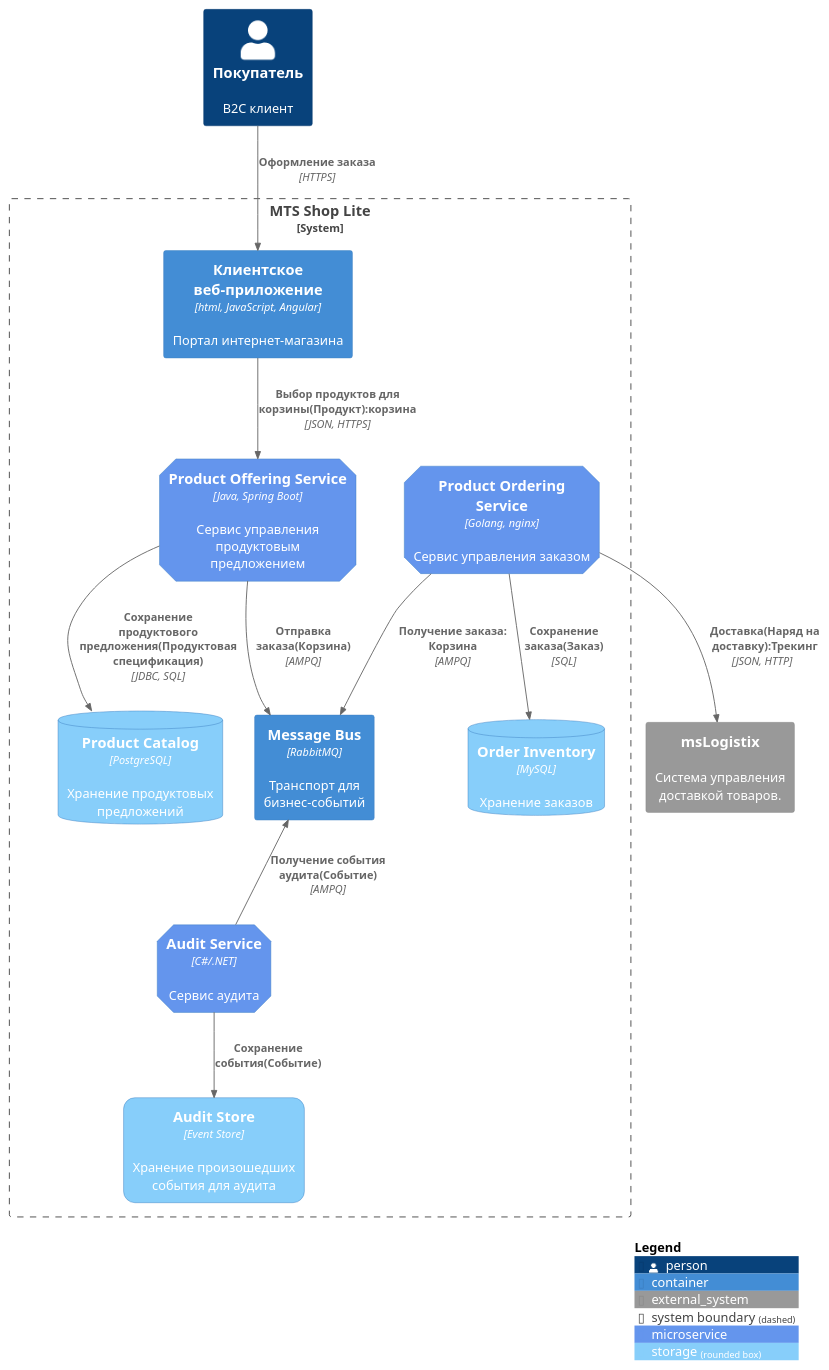
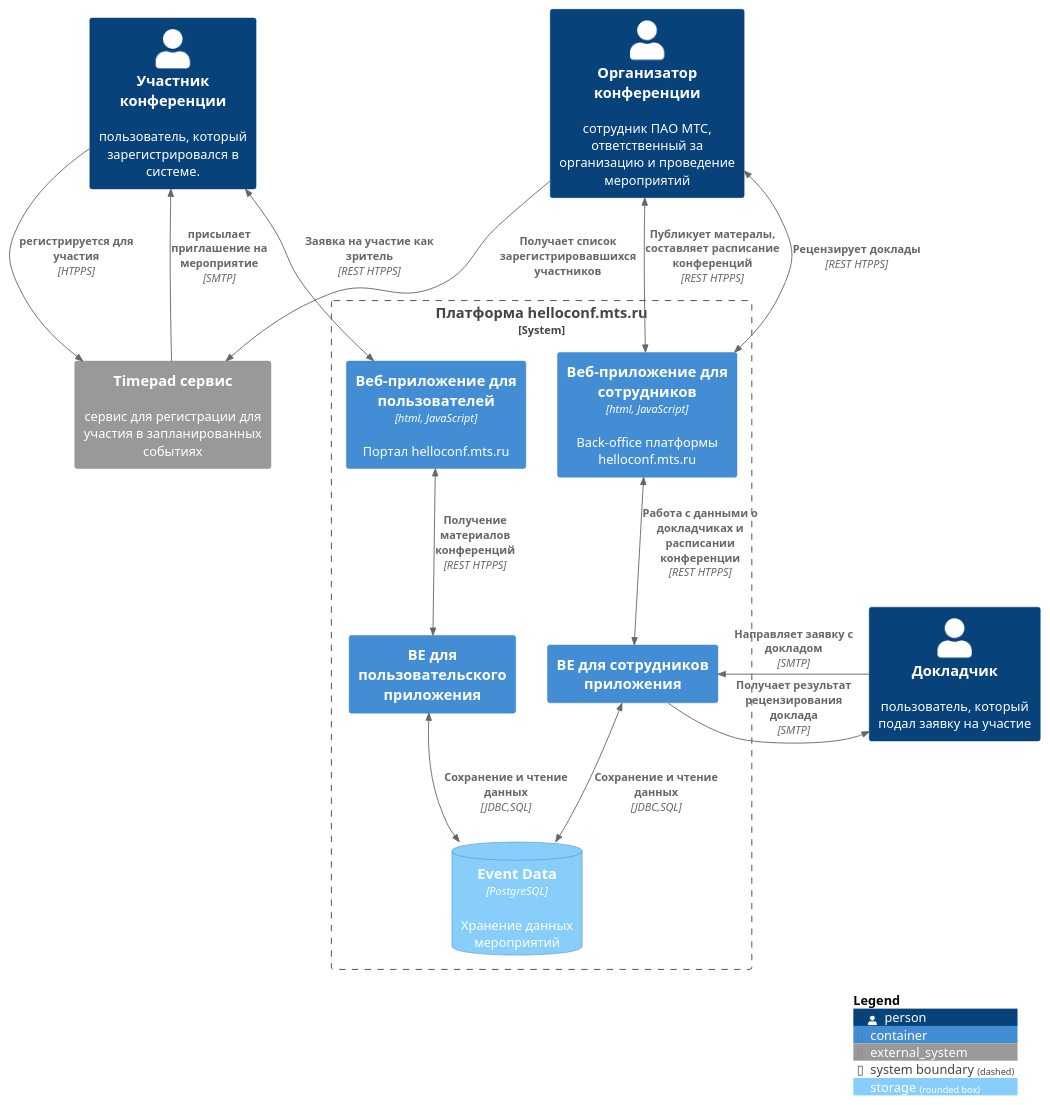
Before and after one commit to AlexeySolomaha/mts-arch-school-base: the diagram in docs/components/components.md, drawn with PlantUML. The commit also changed other lines of this file and 22 other files, not shown here.

````diff
--- a/docs/components/components.md
+++ b/docs/components/components.md
@@ -8,44 +5,45 @@
 ```plantuml
 @startuml
 !include https://raw.githubusercontent.com/plantuml-stdlib/C4-PlantUML/master/C4_Container.puml
 
 AddElementTag("microService", $shape=EightSidedShape(), $bgColor="CornflowerBlue", $fontColor="white", $legendText="microservice")
 AddElementTag("storage", $shape=RoundedBoxShape(), $bgColor="lightSkyBlue", $fontColor="white")
 
-Person(customer, "Покупатель", "B2C клиент")
+Person(att, "Участник конференции", "пользователь, который зарегистрировался в системе.")
+Person(speaker, "Докладчик", "пользователь, который подал заявку на участие")
+Person(manager, "Организатор конференции", "сотрудник ПАО МТС, ответственный за организацию и проведение мероприятий")
 
-System_Boundary(c, "MTS Shop Lite") {
-   Container(app, "Клиентское веб-приложение", "html, JavaScript, Angular", "Портал интернет-магазина")
-   Container(offering_service, "Product Offering Service", "Java, Spring Boot", "Сервис управления продуктовым предложением", $tags = "microService")      
-   ContainerDb(offering_db, "Product Catalog", "PostgreSQL", "Хранение продуктовых предложений", $tags = "storage")
-   
-   Container(ordering_service, "Product Ordering Service", "Golang, nginx", "Сервис управления заказом", $tags = "microService")      
-   ContainerDb(ordering_db, "Order Inventory", "MySQL", "Хранение заказов", $tags = "storage")
-    
-   Container(message_bus, "Message Bus", "RabbitMQ", "Транспорт для бизнес-событий")
-   Container(audit_service, "Audit Service", "C#/.NET", "Сервис аудита", $tags = "microService")      
-   Container(audit_store, "Audit Store", "Event Store", "Хранение произошедших события для аудита", $tags = "storage")
+System_Boundary(helloconf, "Платформа helloconf.mts.ru") {
+    Container(user_app, "Веб-приложение для пользователей", "html, JavaScript", "Портал helloconf.mts.ru")
+    Container(bo_app, "Веб-приложение для сотрудников", "html, JavaScript", "Back-office платформы helloconf.mts.ru")
+    Container(user_app_be, "BE для пользовательского приложения")
+    Container(bo_app_be, "BE для сотрудников приложения")
+    ContainerDb(storage_db, "Event Data", "PostgreSQL", "Хранение данных мероприятий", $tags = "storage")
 }
 
-System_Ext(logistics_system, "msLogistix", "Система управления доставкой товаров.")  
+System_Ext(timepad, "Timepad сервис", "сервис для регистрации для участия в запланированных событиях")
 
-Lay_R(offering_service, ordering_service)
-Lay_R(offering_service, logistics_system)
-Lay_D(offering_service, audit_service)
+'Lay_R(helloconf, timepad)
+'Lay_R(speaker, manager)
+'Lay_R(bo_app, storage_db)
 
-Rel(customer, app, "Оформление заказа", "HTTPS")
-Rel(app, offering_service, "Выбор продуктов для корзины(Продукт):корзина", "JSON, HTTPS")
+BiRel(att, user_app, "Заявка на участие как зритель", "REST HTPPS")
+Rel_R(speaker, bo_app_be, "Направляет заявку с докладом", "SMTP")
+Rel_L(bo_app_be, speaker, "Получает результат рецензирования доклада", "SMTP")
+BiRel(manager, bo_app, "Публикует матералы, составляет расписание конференций", "REST HTPPS")
+BiRel(manager, bo_app, "Рецензирует доклады", "REST HTPPS")
+Rel(manager, timepad, "Получает список зарегистрировавшихся участников")
 
-Rel(offering_service, message_bus, "Отправка заказа(Корзина)", "AMPQ")
-Rel(offering_service, offering_db, "Сохранение продуктового предложения(Продуктовая спецификация)", "JDBC, SQL")
+BiRel_D(user_app, user_app_be, "Получение материалов конференций", "REST HTPPS")
+BiRel_D(bo_app, bo_app_be, "Работа с данными о докладчиках и расписании конференции", "REST HTPPS")
 
-Rel(ordering_service, message_bus, "Получение заказа: Корзина", "AMPQ")
-Rel_U(audit_service, message_bus, "Получение события аудита(Событие)", "AMPQ")
+BiRel(user_app_be, storage_db, "Сохранение и чтение данных", "JDBC,SQL")
+BiRel_D(bo_app_be, storage_db, "Сохранение и чтение данных", "JDBC,SQL")
 
-Rel(ordering_service, ordering_db, "Сохранение заказа(Заказ)", "SQL")
-Rel(audit_service, audit_store, "Сохранение события(Событие)")
-Rel(ordering_service, logistics_system, "Доставка(Наряд на доставку):Трекинг", "JSON, HTTP")  
+Rel_U(timepad, att, "присылает приглашение на мероприятие", "SMTP")
+Rel_R(att, timepad, "регистрируется для участия", "HTPPS")
+'Rel(manager, timepad, "получает список зарегистрировавшихся участников")
 
 SHOW_LEGEND()
 @enduml
 ```
````
